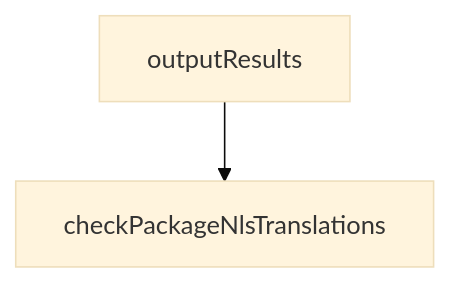
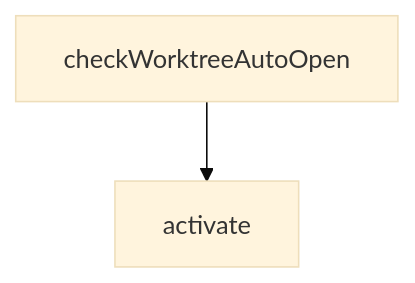
One commit to johnxie/awesome-code-docs changed the diagram in tutorials/roo-code-tutorial/07-profiles-and-team-standards.md. Above: the diagram before and after it, drawn with Mermaid (base theme). The commit also changed other lines of this file and 1232 other files, not shown here.

````diff
--- a/tutorials/roo-code-tutorial/07-profiles-and-team-standards.md
+++ b/tutorials/roo-code-tutorial/07-profiles-and-team-standards.md
@@ -173,6 +171,6 @@
 ```mermaid
 flowchart TD
-    A[outputResults]
-    B[checkPackageNlsTranslations]
+    A[checkWorktreeAutoOpen]
+    B[activate]
     A --> B
 ```
````
